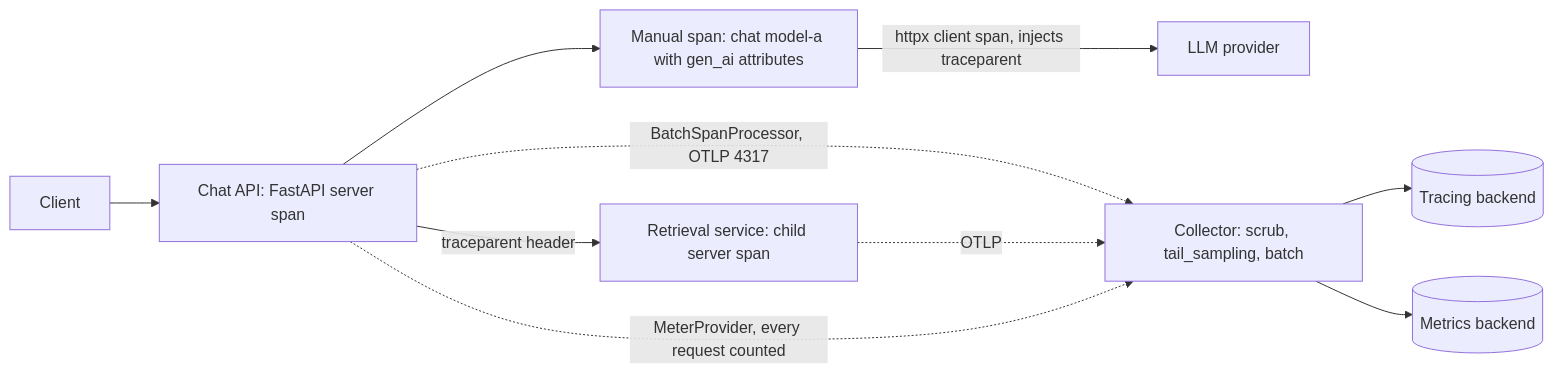
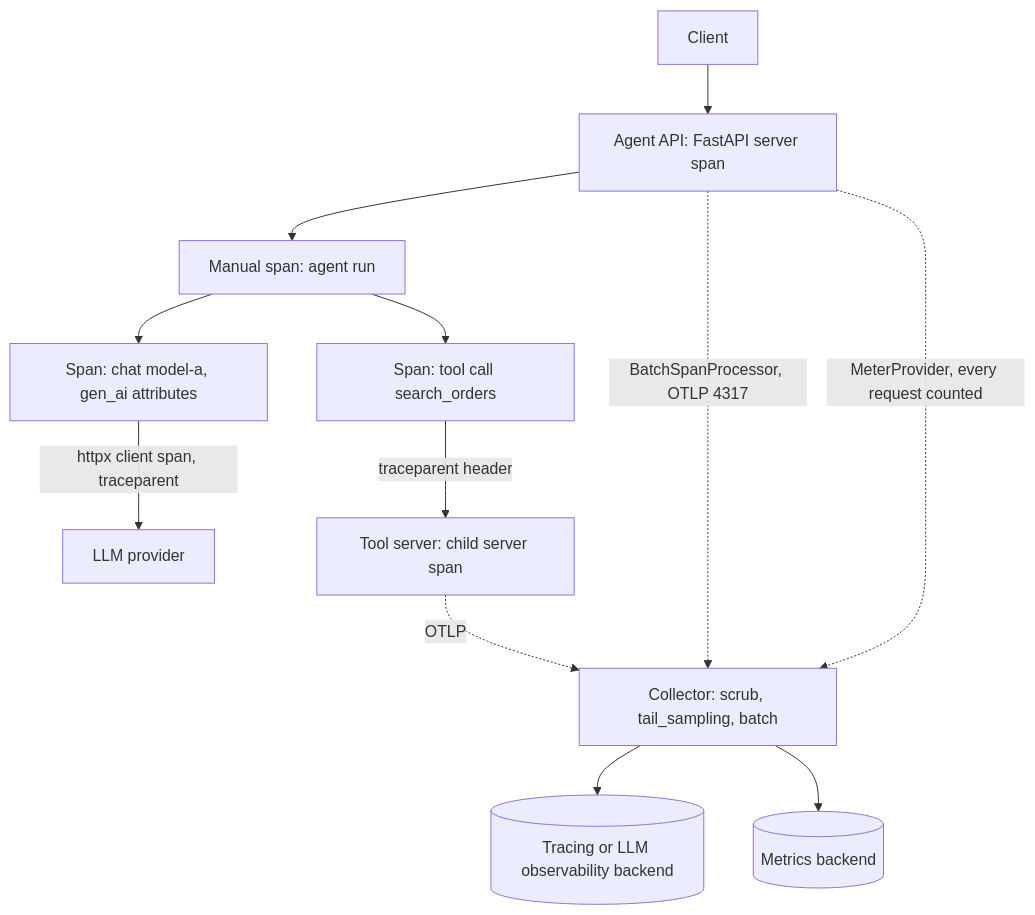
Before and after one commit to lovishmahajan97/agentic-learning: the diagram in content/fastapi-for-ai/opentelemetry-instrumentation.md, drawn with Mermaid. The commit also changed other lines of this file and 266 other files, not shown here.

````diff
--- a/content/fastapi-for-ai/opentelemetry-instrumentation.md
+++ b/content/fastapi-for-ai/opentelemetry-instrumentation.md
@@ -116,12 +138,14 @@
 ```mermaid
-flowchart LR
-    C["Client"] --> G["Chat API: FastAPI server span"]
-    G --> L["Manual span: chat model-a with gen_ai attributes"]
-    L -->|"httpx client span, injects traceparent"| P["LLM provider"]
-    G -->|"traceparent header"| R["Retrieval service: child server span"]
+flowchart TD
+    C["Client"] --> G["Agent API: FastAPI server span"]
+    G --> RUN["Manual span: agent run"]
+    RUN --> L["Span: chat model-a, gen_ai attributes"]
+    L -->|"httpx client span, traceparent"| P["LLM provider"]
+    RUN --> TL["Span: tool call search_orders"]
+    TL -->|"traceparent header"| TS["Tool server: child server span"]
     G -.->|"BatchSpanProcessor, OTLP 4317"| CO["Collector: scrub, tail_sampling, batch"]
-    R -.->|"OTLP"| CO
+    TS -.->|"OTLP"| CO
     G -.->|"MeterProvider, every request counted"| CO
-    CO --> B1[("Tracing backend")]
+    CO --> B1[("Tracing or LLM observability backend")]
     CO --> B2[("Metrics backend")]
 ```
````
